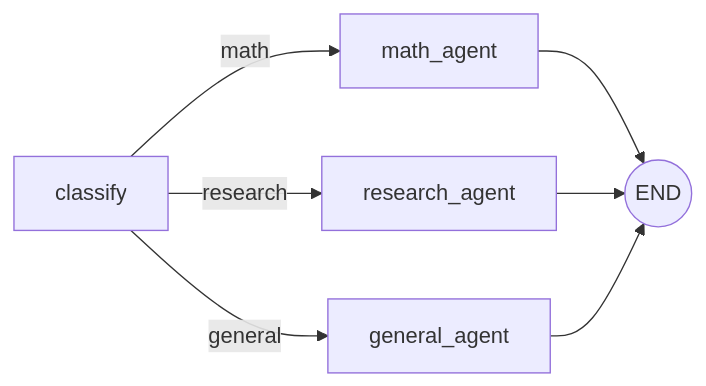
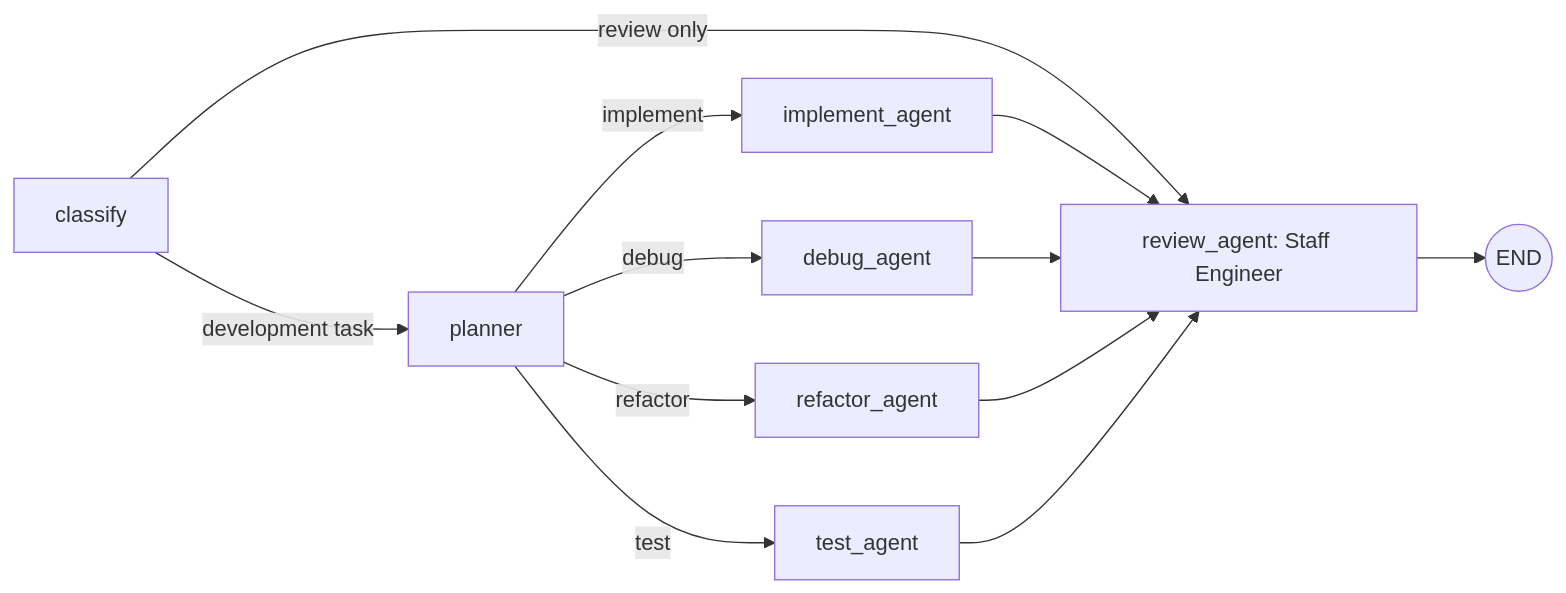
One commit to nodgytec/agent-graph changed the diagram in README.md. Above: the diagram before and after it, drawn with Mermaid. The commit also changed other lines of this file and 11 other files, not shown here.

````diff
--- a/README.md
+++ b/README.md
@@ -17,9 +14,14 @@
 ```mermaid
 graph LR
-    A[classify] -- math --> B[math_agent]
-    A -- research --> C[research_agent]
-    A -- general --> D[general_agent]
-    B --> E((END))
-    C --> E
-    D --> E
+    C[classify] -- development task --> P[planner]
+    C -- review only --> R[review_agent: Staff Engineer]
+    P -- implement --> I[implement_agent]
+    P -- debug --> D[debug_agent]
+    P -- refactor --> F[refactor_agent]
+    P -- test --> T[test_agent]
+    I --> R
+    D --> R
+    F --> R
+    T --> R
+    R --> E((END))
 ```
````
